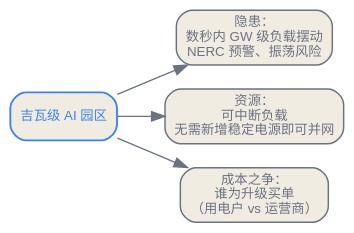
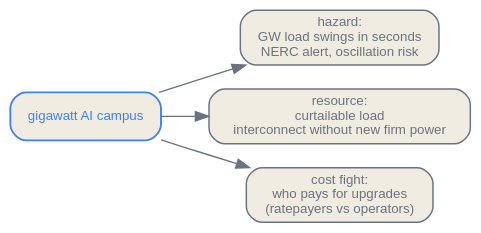
Before and after one commit to latere-ai/ai-as-an-infrastructure: the second of 2 diagrams in zh/p11-frontiers/47-powering-it.qmd, drawn with Graphviz. The commit also changed other lines of this file and 106 other files, not shown here.

````diff
--- a/zh/p11-frontiers/47-powering-it.qmd
+++ b/zh/p11-frontiers/47-powering-it.qmd
@@ -58,19 +58,19 @@
 ```{dot}
 //| label: fig-powering-grid
 //| fig-cap: "把吉瓦园区看作一个两面的对象：一个电网必须吸收的可靠性隐患（数秒内的多吉瓦负载摆动），以及，潜在地，一种为了更快并网而中断的灵活资源。哪一面占上风，是本章的开放问题。"
 digraph grid {
   rankdir=LR;
   bgcolor="transparent";
   node [shape=box, style="rounded,filled", fontname="Helvetica", fontsize=10, color="#6b7280", fontcolor="#6b7280", fillcolor="#f1ece1", penwidth=1.1];
   edge [color="#6b7280", fontcolor="#6b7280", fontsize=9];
 
-  dc [label="吉瓦级 AI 园区", color="#3b82f6", fontcolor="#3b82f6", penwidth=1.4];
-  hazard [label="隐患：\n数秒内 GW 级负载摆动\nNERC 预警、振荡风险"];
-  flex   [label="资源：\n可中断负载\n无需新增稳定电源即可并网"];
-  cost   [label="成本之争：\n谁为升级买单\n（用电户 vs 运营商）"];
+  dc [label="gigawatt AI campus", color="#3b82f6", fontcolor="#3b82f6", penwidth=1.4];
+  hazard [label="hazard:\nGW load swings in seconds\nNERC alert, oscillation risk"];
+  flex   [label="resource:\ncurtailable load\ninterconnect without new firm power"];
+  cost   [label="cost fight:\nwho pays for upgrades\n(ratepayers vs operators)"];
 
   dc -> hazard;
   dc -> flex;
   dc -> cost;
 }
 ```
````
